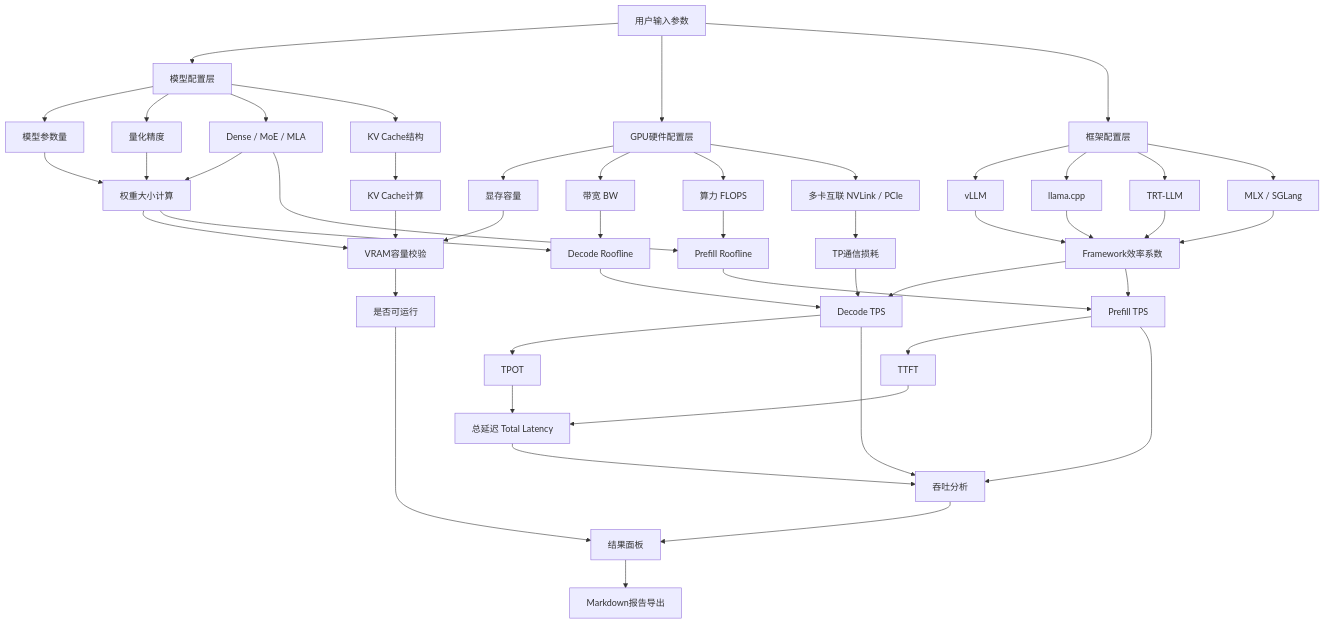
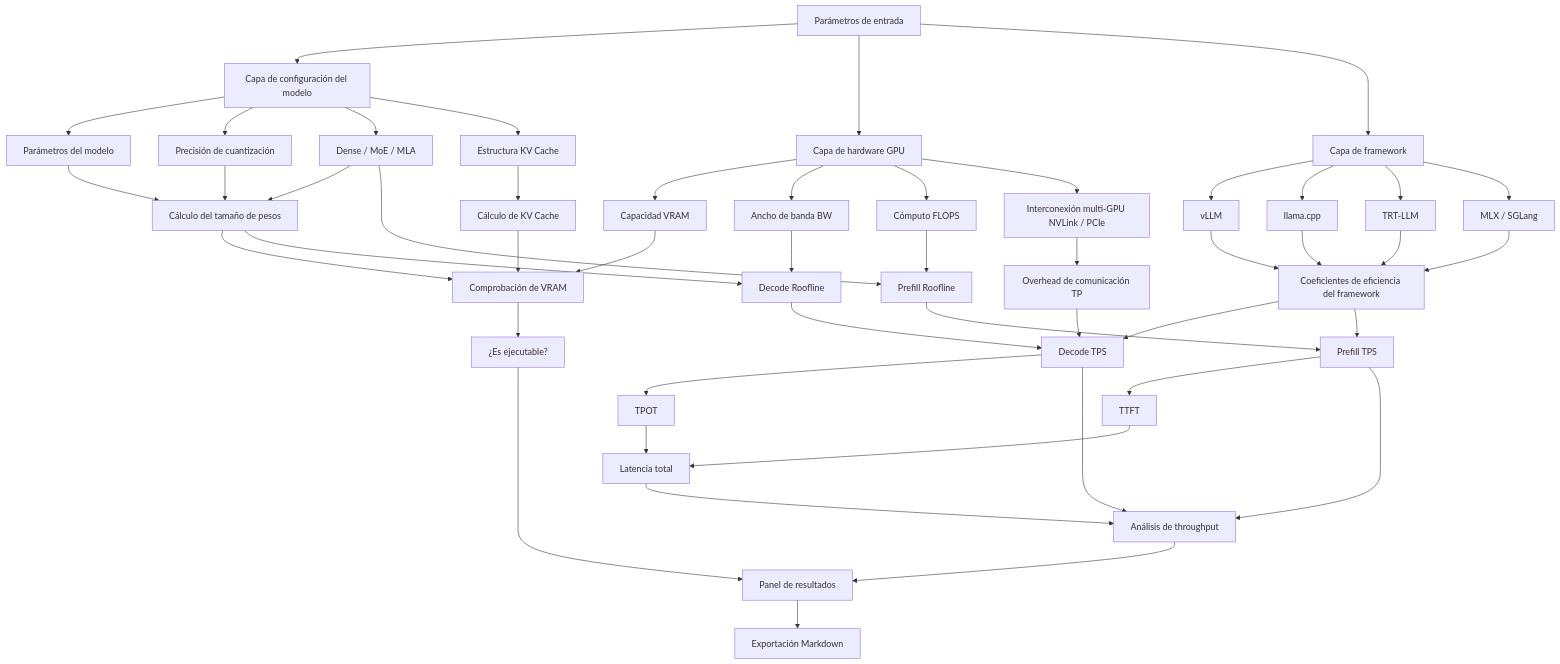
Before and after one commit to adiudiuu/tps: the diagram in README.es-ES.md, drawn with Mermaid. The commit also changed other lines of this file and 25 other files, not shown here.

````diff
--- a/README.es-ES.md
+++ b/README.es-ES.md
@@ -147,65 +149,65 @@
 ```mermaid
 graph TD
-    A[用户输入参数] --> B[模型配置层]
-    A --> C[GPU硬件配置层]
-    A --> D[框架配置层]
+    A[Parámetros de entrada] --> B[Capa de configuración del modelo]
+    A --> C[Capa de hardware GPU]
+    A --> D[Capa de framework]
     
-    B --> B1[模型参数量]
-    B --> B2[量化精度]
+    B --> B1[Parámetros del modelo]
+    B --> B2[Precisión de cuantización]
     B --> B3[Dense / MoE / MLA]
-    B --> B4[KV Cache结构]
+    B --> B4[Estructura KV Cache]
     
-    C --> C1[显存容量]
-    C --> C2[带宽 BW]
-    C --> C3[算力 FLOPS]
-    C --> C4[多卡互联 NVLink / PCIe]
+    C --> C1[Capacidad VRAM]
+    C --> C2[Ancho de banda BW]
+    C --> C3[Cómputo FLOPS]
+    C --> C4[Interconexión multi-GPU NVLink / PCIe]
     
     D --> D1[vLLM]
     D --> D2[llama.cpp]
     D --> D3[TRT-LLM]
     D --> D4[MLX / SGLang]
     
-    B1 --> E[权重大小计算]
+    B1 --> E[Cálculo del tamaño de pesos]
     B2 --> E
     B3 --> E
     
-    B4 --> F[KV Cache计算]
+    B4 --> F[Cálculo de KV Cache]
     
-    C1 --> G[VRAM容量校验]
+    C1 --> G[Comprobación de VRAM]
     E --> G
     F --> G
     
     C2 --> H[Decode Roofline]
     E --> H
     
     C3 --> I[Prefill Roofline]
     B3 --> I
     
-    C4 --> J[TP通信损耗]
+    C4 --> J[Overhead de comunicación TP]
     
-    D1 --> K[Framework效率系数]
+    D1 --> K[Coeficientes de eficiencia del framework]
     D2 --> K
     D3 --> K
     D4 --> K
     
     H --> L[Decode TPS]
     I --> M[Prefill TPS]
     J --> L
     K --> L
     K --> M
     
     M --> N[TTFT]
     L --> O[TPOT]
     
-    N --> P[总延迟 Total Latency]
+    N --> P[Latencia total]
     O --> P
     
-    G --> Q[是否可运行]
-    L --> R[吞吐分析]
+    G --> Q[¿Es ejecutable?]
+    L --> R[Análisis de throughput]
     M --> R
     P --> R
     
-    R --> S[结果面板]
+    R --> S[Panel de resultados]
     Q --> S
-    S --> T[Markdown报告导出]
+    S --> T[Exportación Markdown]
 ```
````
